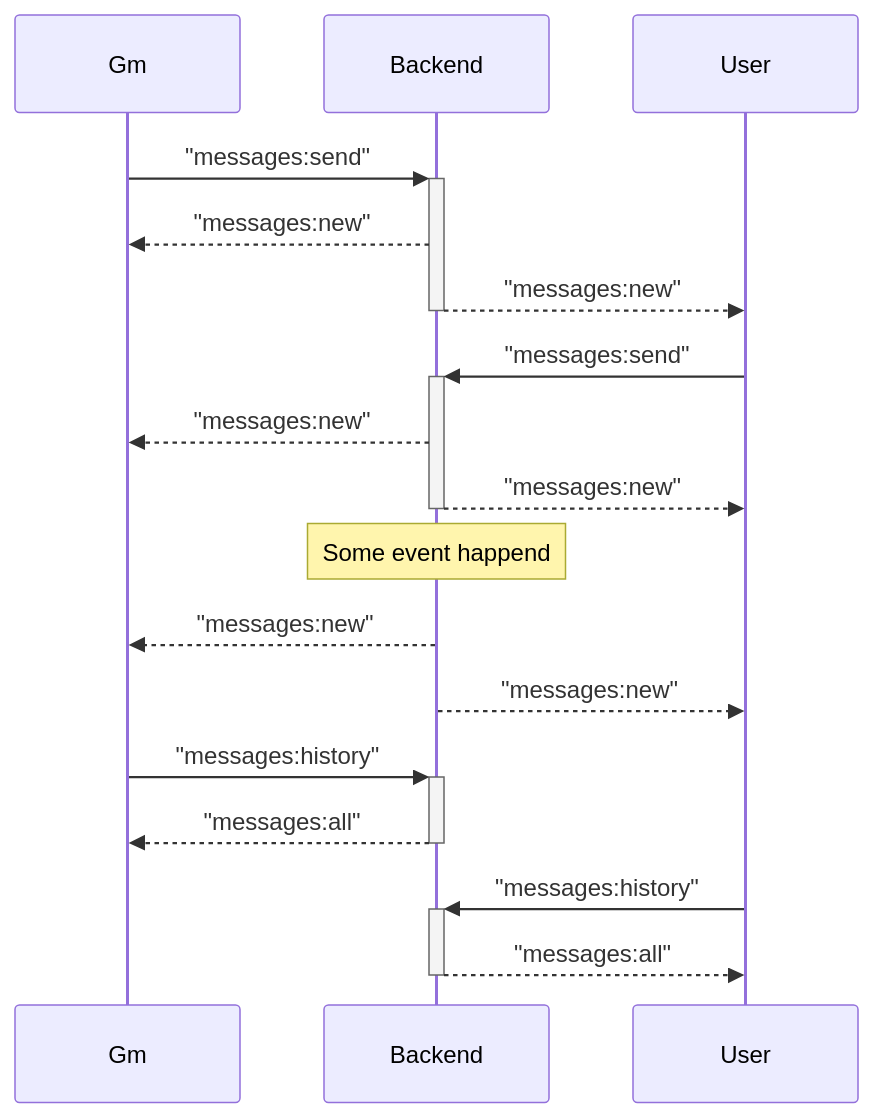
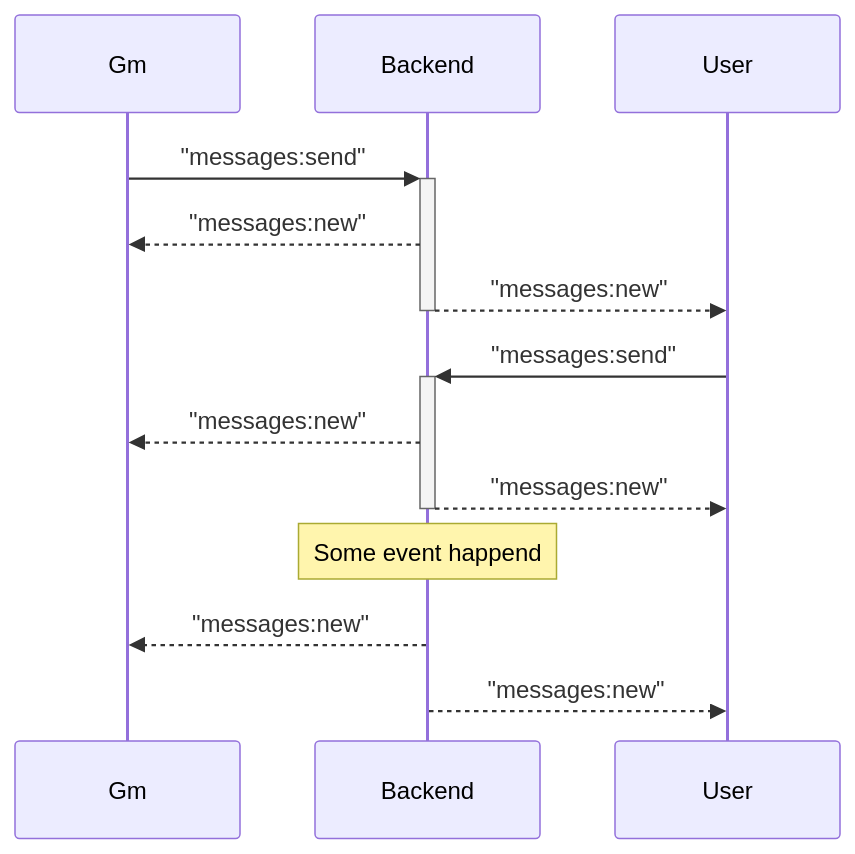
One commit to jakob-rzeppa/turnkeeper changed the second of 4 diagrams in docs/ARCHITECTURE.md. Above: the diagram before and after it, drawn with Mermaid. The commit also changed other lines of this file, not shown here.

Commit message:
update ARCHITECTURE

````diff
--- a/docs/ARCHITECTURE.md
+++ b/docs/ARCHITECTURE.md
@@ -24,19 +24,14 @@
 ```mermaid
 sequenceDiagram
     Gm->>+Backend: "messages:send"
     Backend-->>Gm: "messages:new"
     Backend-->>-User: "messages:new"
 
     User->>+Backend: "messages:send"
     Backend-->>Gm: "messages:new"
     Backend-->>-User: "messages:new"
 
     note over Backend: Some event happend
     Backend-->>Gm: "messages:new"
     Backend-->>User: "messages:new"
-
-    Gm->>+Backend: "messages:history"
-    Backend-->>-Gm: "messages:all"
-    User->>+Backend: "messages:history"
-    Backend-->>-User: "messages:all"
 ```
````
